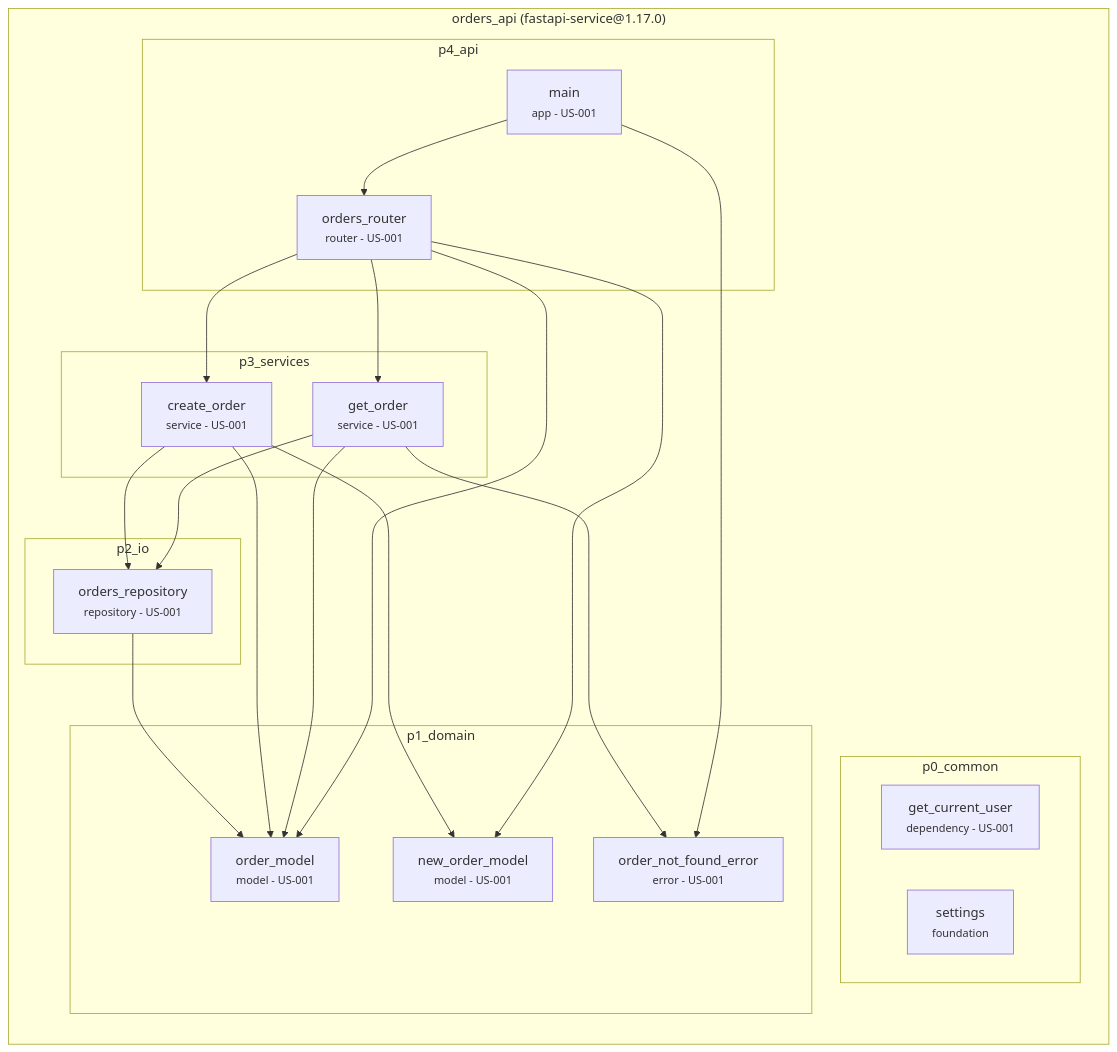
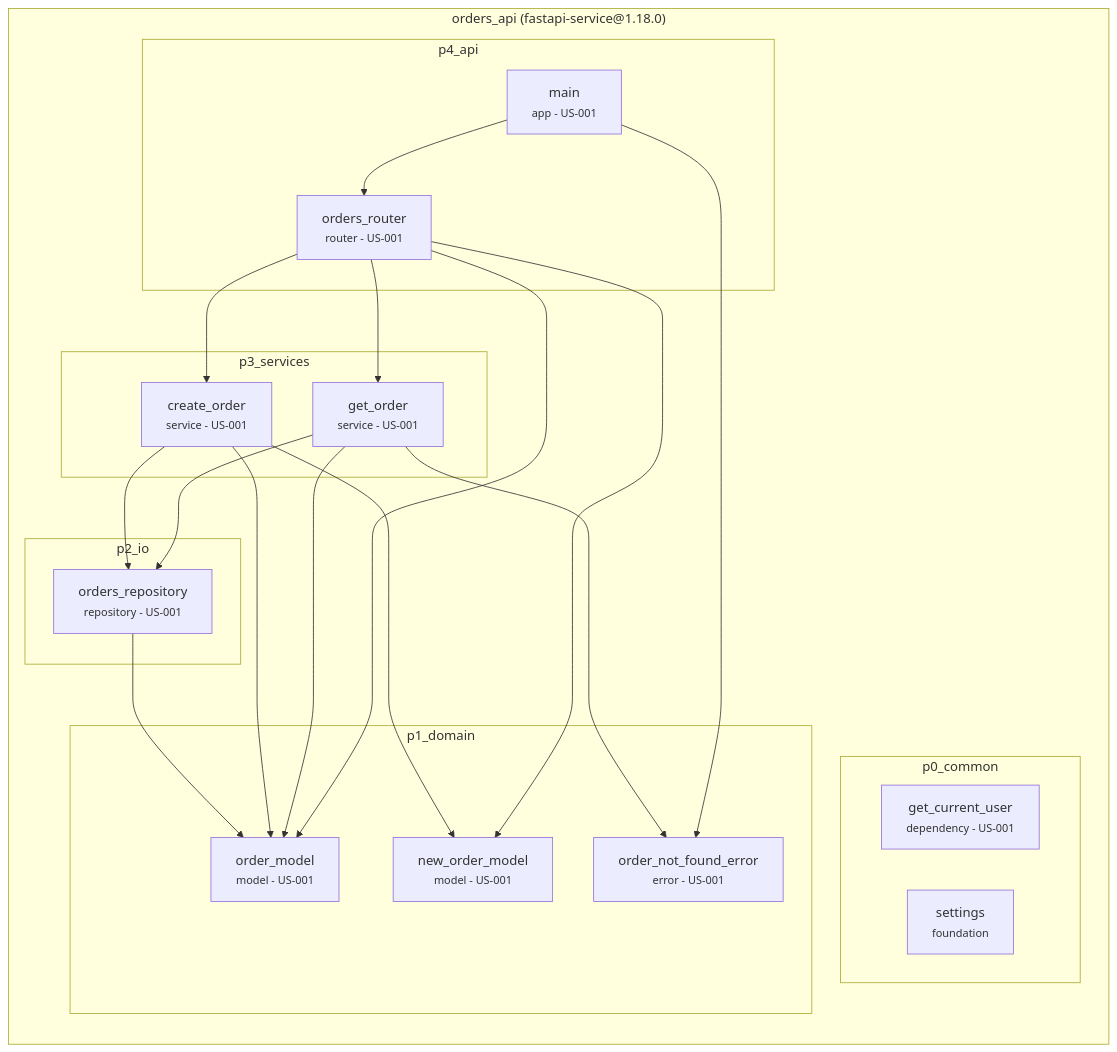
One commit to archvow/archvow-plugin changed the diagram in contract/archvow/examples/fastapi-service/.archvow/spec.md. Above: the diagram before and after it, drawn with Mermaid. The commit also changed other lines of this file and 116 other files, not shown here.

````diff
--- a/contract/archvow/examples/fastapi-service/.archvow/spec.md
+++ b/contract/archvow/examples/fastapi-service/.archvow/spec.md
@@ -11,40 +11,40 @@
 ```mermaid
 flowchart TB
-  subgraph orders_api["orders_api (fastapi-service@1.17.0)"]
+  subgraph orders_api["orders_api (fastapi-service@1.18.0)"]
     direction TB
     subgraph orders_api__p0_common["p0_common"]
       orders_api__get_current_user["get_current_user<br/><small>dependency - US-001</small>"]
       orders_api__settings["settings<br/><small>foundation</small>"]
     end
     subgraph orders_api__p1_domain["p1_domain"]
       orders_api__new_order_model["new_order_model<br/><small>model - US-001</small>"]
       orders_api__order_model["order_model<br/><small>model - US-001</small>"]
       orders_api__order_not_found_error["order_not_found_error<br/><small>error - US-001</small>"]
     end
     subgraph orders_api__p2_io["p2_io"]
       orders_api__orders_repository["orders_repository<br/><small>repository - US-001</small>"]
     end
     subgraph orders_api__p3_services["p3_services"]
       orders_api__create_order["create_order<br/><small>service - US-001</small>"]
       orders_api__get_order["get_order<br/><small>service - US-001</small>"]
     end
     subgraph orders_api__p4_api["p4_api"]
       orders_api__main["main<br/><small>app - US-001</small>"]
       orders_api__orders_router["orders_router<br/><small>router - US-001</small>"]
     end
   end
   orders_api__orders_repository --> orders_api__order_model
   orders_api__create_order --> orders_api__order_model
   orders_api__create_order --> orders_api__new_order_model
   orders_api__create_order --> orders_api__orders_repository
   orders_api__get_order --> orders_api__order_model
   orders_api__get_order --> orders_api__order_not_found_error
   orders_api__get_order --> orders_api__orders_repository
   orders_api__main --> orders_api__orders_router
   orders_api__main --> orders_api__order_not_found_error
   orders_api__orders_router --> orders_api__create_order
   orders_api__orders_router --> orders_api__get_order
   orders_api__orders_router --> orders_api__order_model
   orders_api__orders_router --> orders_api__new_order_model
   classDef empty fill:none,stroke:none
 ```
````
